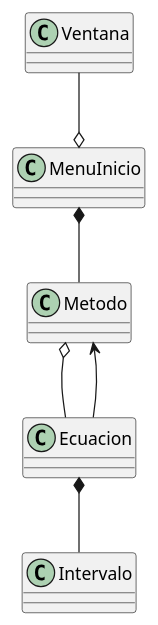
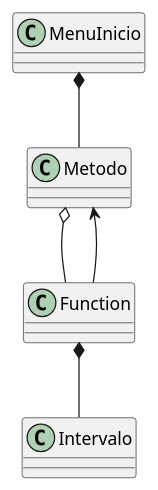
One commit to Diego0275/Simpson1-3 changed the diagram in Docs/Simpson.puml. Above: the diagram before and after it, drawn with PlantUML. The commit also changed 3 other files, not shown here.

```diff
--- a/Docs/Simpson.puml
+++ b/Docs/Simpson.puml
@@ -1,13 +1,11 @@
 @startuml Simpson
-class Ventana
 class MenuInicio
 class Metodo
-class Ecuacion
 class Intervalo
+class Function
 
-Ventana --o MenuInicio
 MenuInicio *-- Metodo
-Metodo o-- Ecuacion
-Ecuacion --> Metodo 
-Ecuacion *-- Intervalo
+Metodo o-- Function
+Function --> Metodo 
+Function *-- Intervalo
 @enduml
```
